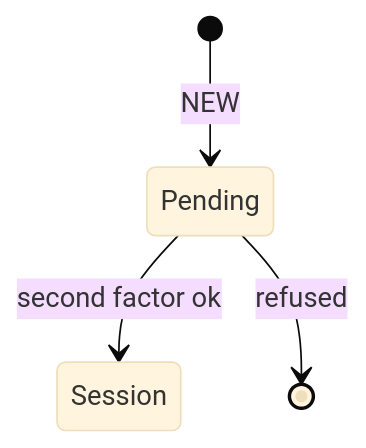
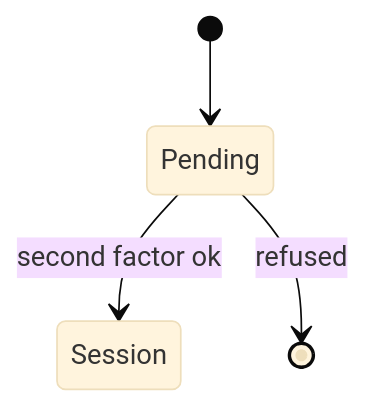
One commit to OpenDustpan/OpenDustpan changed the third of 4 diagrams in openspec/changes/mfa/design.md. Above: the diagram before and after it, drawn with Mermaid (base theme). The commit also changed other lines of this file and 3 other files, not shown here.

````diff
--- a/openspec/changes/mfa/design.md
+++ b/openspec/changes/mfa/design.md
@@ -52,6 +52,6 @@
 ```mermaid
 stateDiagram-v2
- [*] --> Pending: NEW
+ [*] --> Pending
  Pending --> Session: second factor ok
  Pending --> [*]: refused
 ```
````
